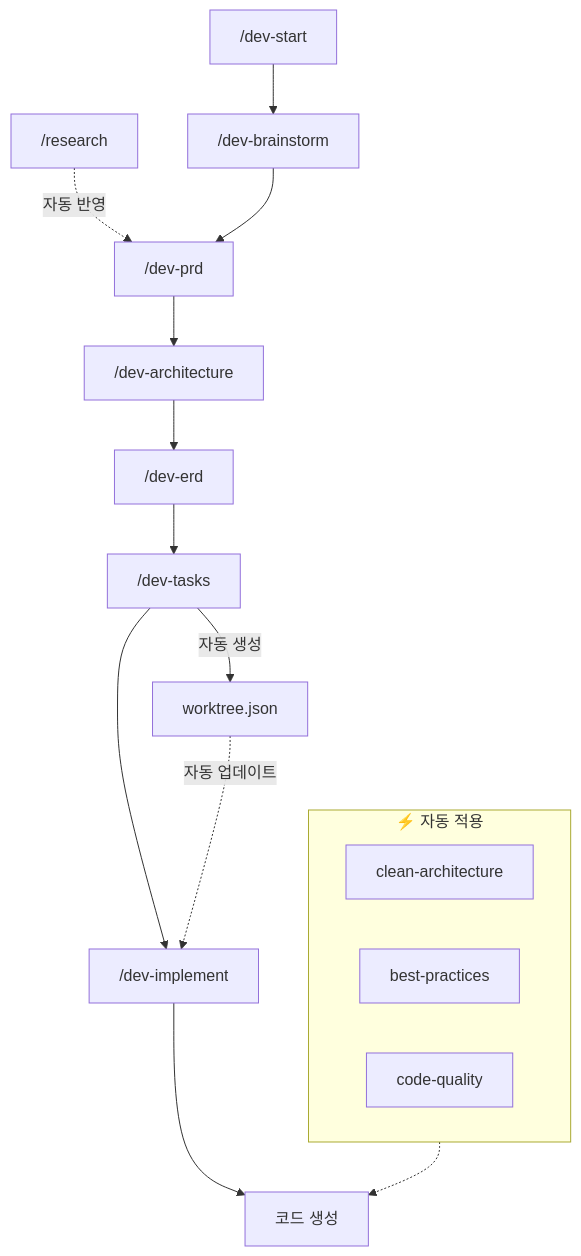
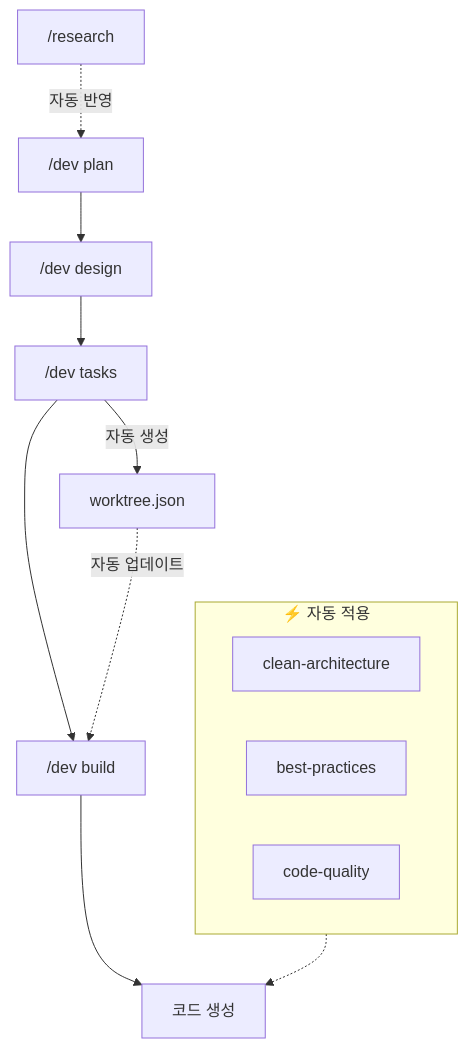
The second of 2 diagrams in CLAUDE.md (Wondermove-Inc/calab-claude-plugin), drawn with Mermaid before and after one commit. The commit also changed other lines of this file and 36 other files, not shown here.

````diff
--- a/CLAUDE.md
+++ b/CLAUDE.md
@@ -126,22 +130,19 @@
 ```mermaid
 flowchart TB
-    R["/research"] -.->|자동 반영| D3
+    R["/research"] -.->|자동 반영| D1
 
-    D1["/dev-start"] --> D2["/dev-brainstorm"]
-    D2 --> D3["/dev-prd"]
-    D3 --> D4["/dev-architecture"]
-    D4 --> D5["/dev-erd"]
-    D5 --> D6["/dev-tasks"]
-    D6 -->|자동 생성| W["worktree.json"]
-    D6 --> D7["/dev-implement"]
-    W -.->|자동 업데이트| D7
-    D7 --> Code["코드 생성"]
+    D1["/dev plan"] --> D2["/dev design"]
+    D2 --> D3["/dev tasks"]
+    D3 -->|자동 생성| W["worktree.json"]
+    D3 --> D4["/dev build"]
+    W -.->|자동 업데이트| D4
+    D4 --> Code["코드 생성"]
 
     subgraph Skills["⚡ 자동 적용"]
         S1["clean-architecture"]
         S2["best-practices"]
         S3["code-quality"]
     end
 
     Skills -.-> Code
 ```
````
